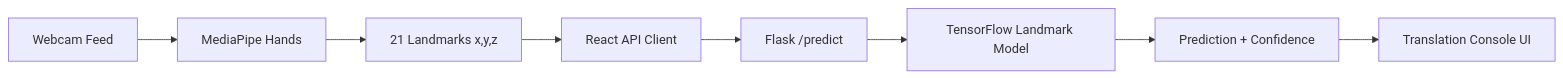
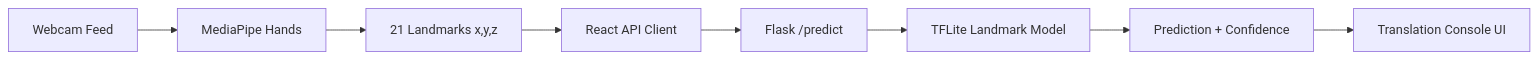
Before and after one commit to khalifehbasiri/Real-Time-Sign-Language-Translator: the diagram in README.md, drawn with Mermaid. The commit also changed other lines of this file and 4 other files, not shown here.

Commit message:
Update README and app.py to support TensorFlow Lite model integration. Introduce model conversion script and adjust model loading logic to utilize TFLite. Modify production requirements to include ai-edge-litert for TFLite support.

````diff
--- a/README.md
+++ b/README.md
@@ -20,10 +20,10 @@
 ```mermaid
 flowchart LR
     A[Webcam Feed] --> B[MediaPipe Hands]
     B --> C[21 Landmarks x,y,z]
     C --> D[React API Client]
     D --> E[Flask /predict]
-    E --> F[TensorFlow Landmark Model]
+    E --> F[TFLite Landmark Model]
     F --> G[Prediction + Confidence]
     G --> H[Translation Console UI]
 ```
````
